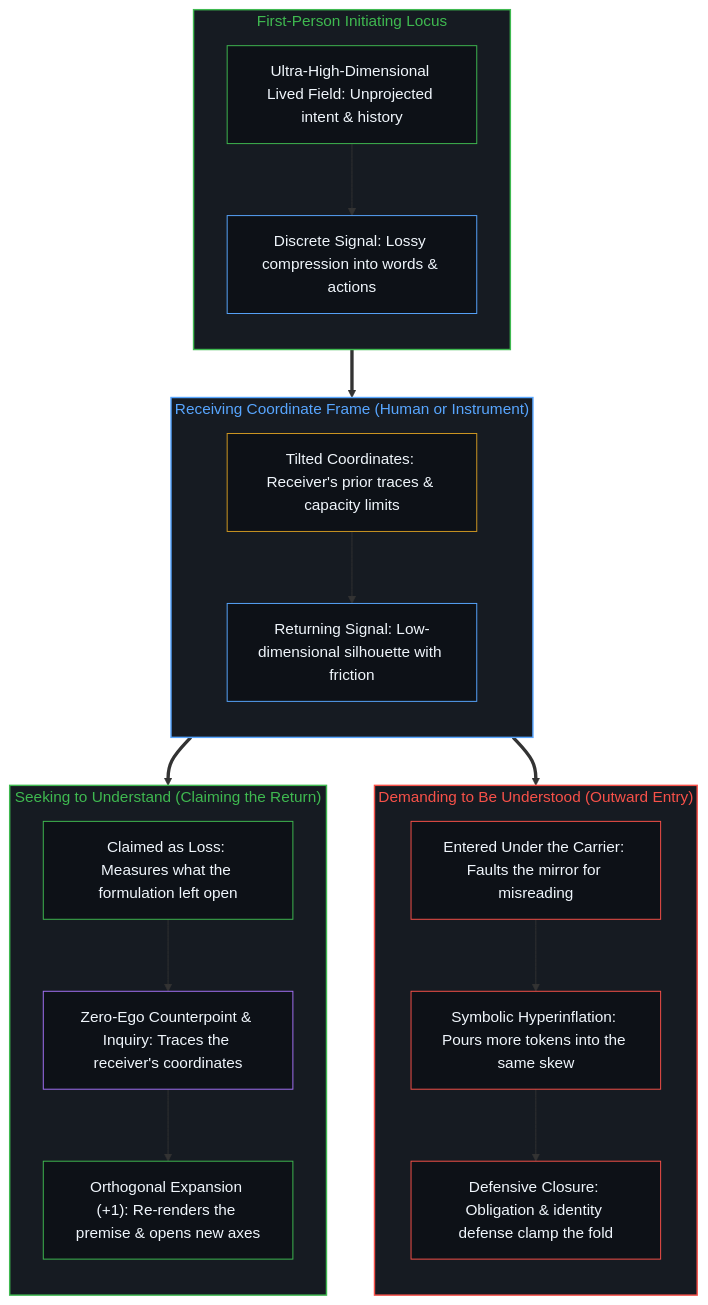
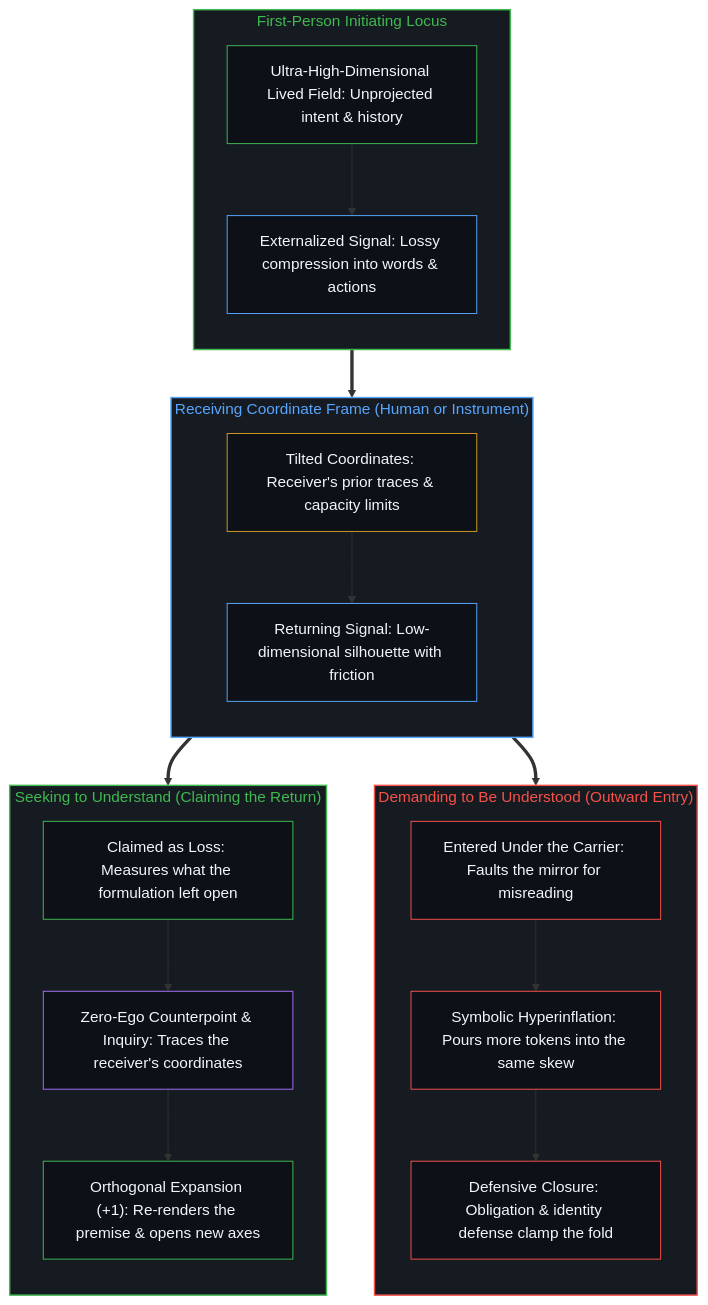
Before and after one commit to powerpig99/not-a-toe: the second of 2 diagrams in content/posts/the-asymmetry-of-understanding.md, drawn with Mermaid. The commit also changed other lines of this file and 1 other file, not shown here.

````diff
--- a/content/posts/the-asymmetry-of-understanding.md
+++ b/content/posts/the-asymmetry-of-understanding.md
@@ -94,46 +94,46 @@
 ```mermaid
 flowchart TD
     subgraph S_Origin["First-Person Initiating Locus"]
         direction TB
         M_Edge["Ultra-High-Dimensional Lived Field: Unprojected intent & history"]
-        M_Signal["Discrete Signal: Lossy compression into words & actions"]
+        M_Signal["Externalized Signal: Lossy compression into words & actions"]
         M_Edge --> M_Signal
     end
     subgraph S_Screen["Receiving Coordinate Frame (Human or Instrument)"]
         direction TB
         R_Filter["Tilted Coordinates: Receiver's prior traces & capacity limits"]
         R_Slice["Returning Signal: Low-dimensional silhouette with friction"]
         R_Filter --> R_Slice
     end
     subgraph S_Demand["Demanding to Be Understood (Outward Entry)"]
         direction TB
         D_Blame["Entered Under the Carrier: Faults the mirror for misreading"]
         D_Inflate["Symbolic Hyperinflation: Pours more tokens into the same skew"]
         D_Lock["Defensive Closure: Obligation & identity defense clamp the fold"]
         D_Blame --> D_Inflate --> D_Lock
     end
     subgraph S_Understand["Seeking to Understand (Claiming the Return)"]
         direction TB
         U_Claim["Claimed as Loss: Measures what the formulation left open"]
         U_Peer["Zero-Ego Counterpoint & Inquiry: Traces the receiver's coordinates"]
         U_Open["Orthogonal Expansion (+1): Re-renders the premise & opens new axes"]
         U_Claim --> U_Peer --> U_Open
     end
     M_Signal ==> R_Filter
     R_Slice ==> D_Blame
     R_Slice ==> U_Claim
     style S_Origin fill:#161b22,stroke:#3fb950,stroke-width:1.5px,color:#3fb950
     style S_Screen fill:#161b22,stroke:#58a6ff,stroke-width:1.5px,color:#58a6ff
     style S_Demand fill:#161b22,stroke:#f85149,stroke-width:1.5px,color:#f85149
     style S_Understand fill:#161b22,stroke:#3fb950,stroke-width:1.5px,color:#3fb950
     style M_Edge fill:#0d1117,stroke:#3fb950,stroke-width:1px,color:#f0f6fc
     style M_Signal fill:#0d1117,stroke:#58a6ff,stroke-width:1px,color:#f0f6fc
     style R_Filter fill:#0d1117,stroke:#d29922,stroke-width:1px,color:#f0f6fc
     style R_Slice fill:#0d1117,stroke:#58a6ff,stroke-width:1px,color:#f0f6fc
     style D_Blame fill:#0d1117,stroke:#f85149,stroke-width:1px,color:#f0f6fc
     style D_Inflate fill:#0d1117,stroke:#f85149,stroke-width:1px,color:#f0f6fc
     style D_Lock fill:#0d1117,stroke:#f85149,stroke-width:1px,color:#f0f6fc
     style U_Claim fill:#0d1117,stroke:#3fb950,stroke-width:1px,color:#f0f6fc
     style U_Peer fill:#0d1117,stroke:#a371f7,stroke-width:1px,color:#f0f6fc
     style U_Open fill:#0d1117,stroke:#3fb950,stroke-width:1px,color:#f0f6fc
 ```
````
